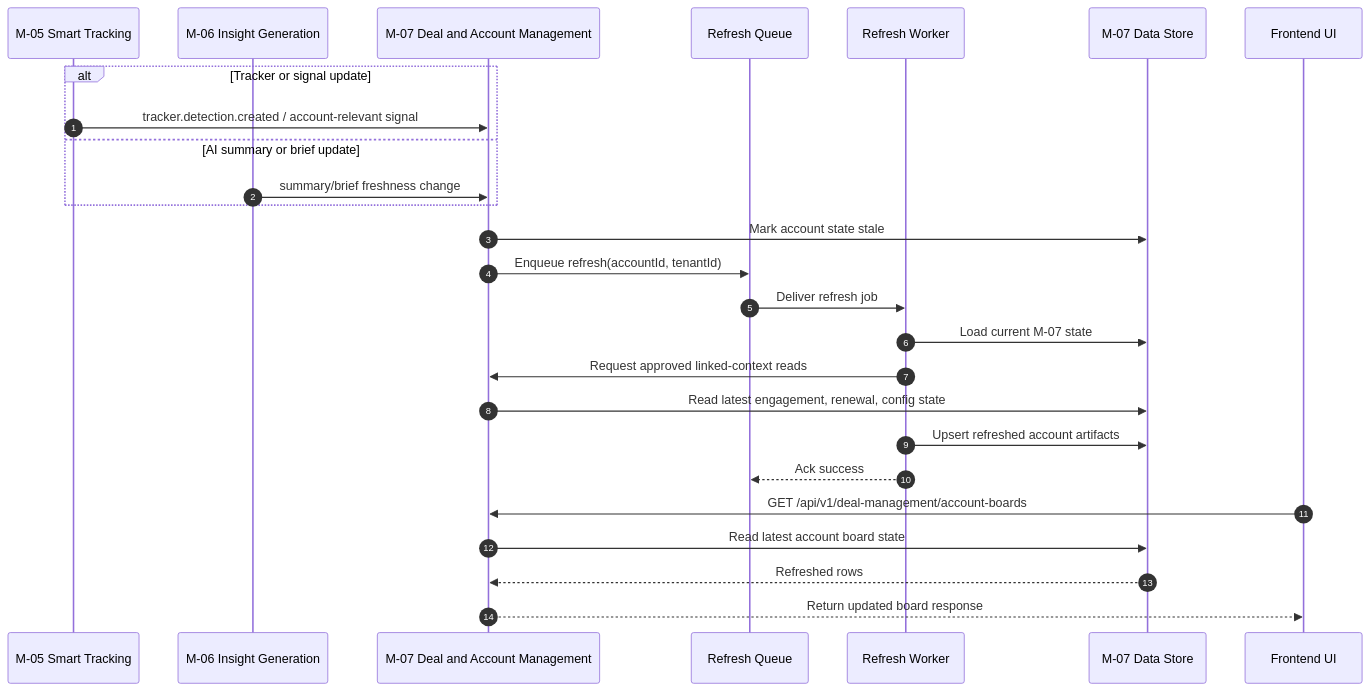
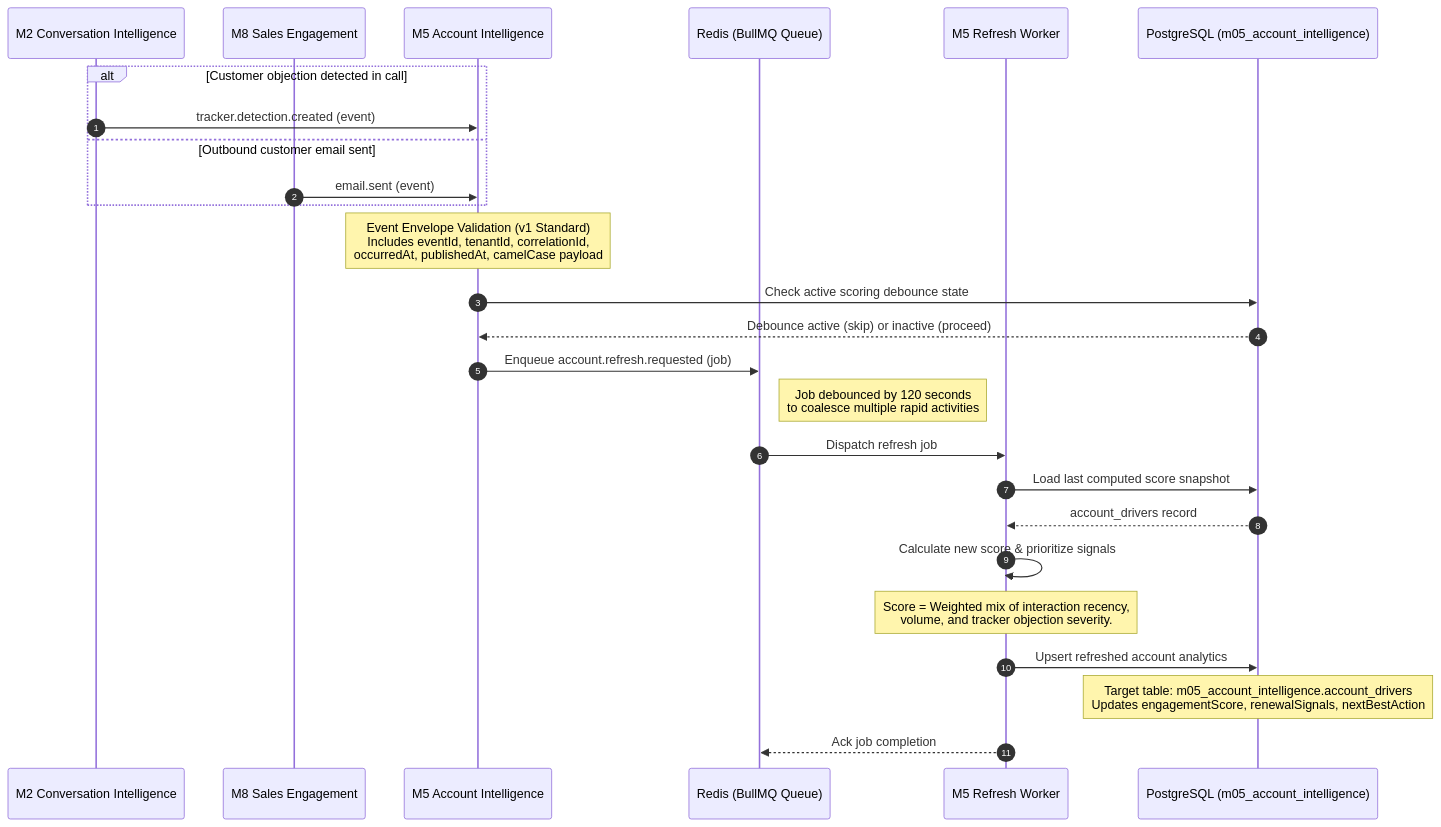
Before and after one commit to PoojaTiwari09/FB-and-RP-Fixes: the first of 3 diagrams in Reference documents/M5 Account Intelligence/Sequence Diagrams for M5.md, drawn with Mermaid. The commit also changed other lines of this file and 79 other files, not shown here.

````diff
--- a/Reference documents/M5 Account Intelligence/Sequence Diagrams for M5.md
+++ b/Reference documents/M5 Account Intelligence/Sequence Diagrams for M5.md
@@ -59,32 +26,35 @@
 ```mermaid
 sequenceDiagram
     autonumber
-    participant M05 as M-05 Smart Tracking
-    participant M06 as M-06 Insight Generation
-    participant M07 as M-07 Deal and Account Management
-    participant Q as Refresh Queue
-    participant W as Refresh Worker
-    participant DB as M-07 Data Store
-    participant UI as Frontend UI
+    participant M2 as M2 Conversation Intelligence
+    participant M8 as M8 Sales Engagement
+    participant M5 as M5 Account Intelligence
+    participant Redis as Redis (BullMQ Queue)
+    participant Worker as M5 Refresh Worker
+    participant DB as PostgreSQL (m05_account_intelligence)
 
-    alt Tracker or signal update
-        M05->>M07: tracker.detection.created / account-relevant signal
-    else AI summary or brief update
-        M06->>M07: summary/brief freshness change
+    alt Customer objection detected in call
+        M2->>M5: tracker.detection.created (event)
+    else Outbound customer email sent
+        M8->>M5: email.sent (event)
     end
 
-    M07->>DB: Mark account state stale
-    M07->>Q: Enqueue refresh(accountId, tenantId)
+    Note over M5: Event Envelope Validation (v1 Standard)<br/>Includes eventId, tenantId, correlationId,<br/>occurredAt, publishedAt, camelCase payload
 
-    Q->>W: Deliver refresh job
-    W->>DB: Load current M-07 state
-    W->>M07: Request approved linked-context reads
-    M07->>DB: Read latest engagement, renewal, config state
-    W->>DB: Upsert refreshed account artifacts
-    W-->>Q: Ack success
+    M5->>DB: Check active scoring debounce state
+    DB-->>M5: Debounce active (skip) or inactive (proceed)
+    M5->>Redis: Enqueue account.refresh.requested (job)
+    Note right of Redis: Job debounced by 120 seconds<br/>to coalesce multiple rapid activities
 
-    UI->>M07: GET /api/v1/deal-management/account-boards
-    M07->>DB: Read latest account board state
-    DB-->>M07: Refreshed rows
-    M07-->>UI: Return updated board response
+    Redis->>Worker: Dispatch refresh job
+    Worker->>DB: Load last computed score snapshot
+    DB-->>Worker: account_drivers record
+    
+    Worker->>Worker: Calculate new score & prioritize signals
+    Note over Worker: Score = Weighted mix of interaction recency,<br/>volume, and tracker objection severity.
+
+    Worker->>DB: Upsert refreshed account analytics
+    Note over DB: Target table: m05_account_intelligence.account_drivers<br/>Updates engagementScore, renewalSignals, nextBestAction
+    
+    Worker-->>Redis: Ack job completion
 ```
````
